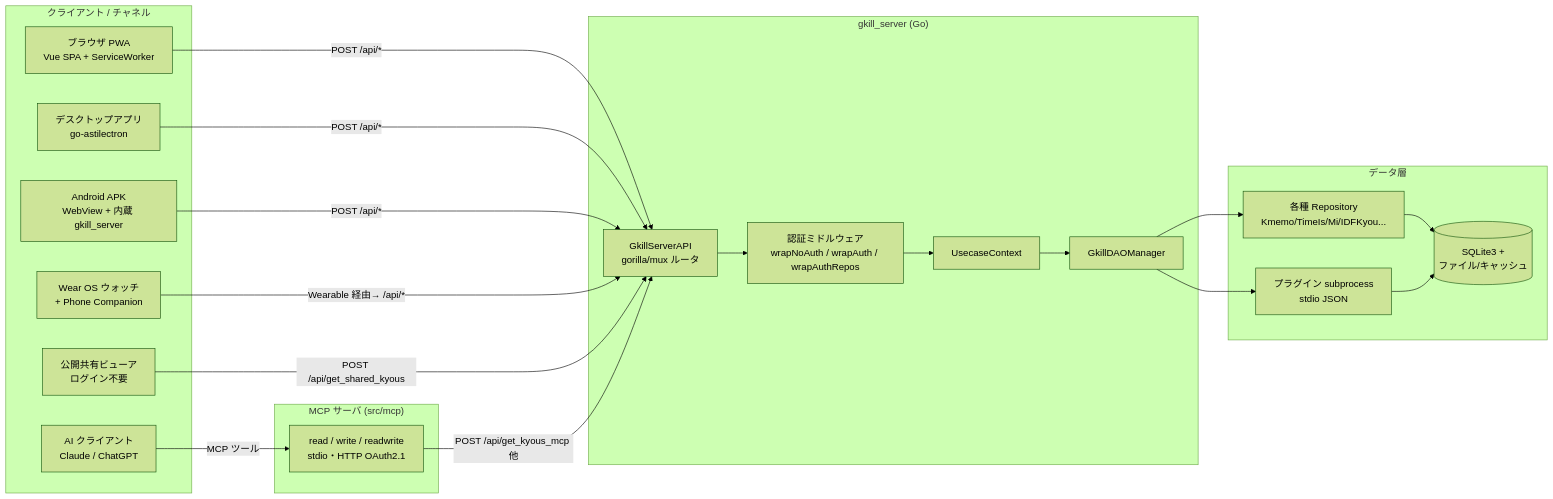
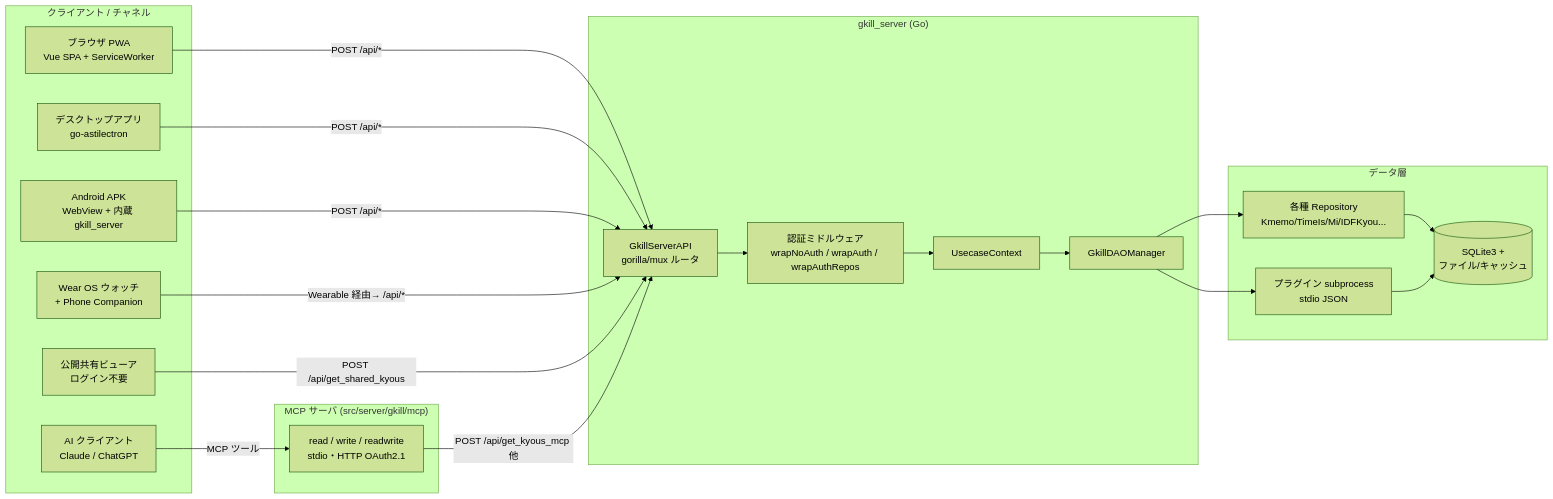
Before and after one commit to mt3hr/gkill: the first of 25 diagrams in documents/reverse/scenario.md, drawn with Mermaid (forest theme). The commit also changed other lines of this file and 251 other files, not shown here.

````diff
--- a/documents/reverse/scenario.md
+++ b/documents/reverse/scenario.md
@@ -26,41 +26,41 @@
 ```mermaid
 graph LR
     subgraph Clients["クライアント / チャネル"]
         PWA[ブラウザ PWA<br/>Vue SPA + ServiceWorker]
         DESKTOP[デスクトップアプリ<br/>go-astilectron]
         ANDROID[Android APK<br/>WebView + 内蔵 gkill_server]
         WEAR[Wear OS ウォッチ<br/>+ Phone Companion]
         AI[AI クライアント<br/>Claude / ChatGPT]
         VIEWER[公開共有ビューア<br/>ログイン不要]
     end
 
-    subgraph MCP["MCP サーバ (src/mcp)"]
+    subgraph MCP["MCP サーバ (src/server/gkill/mcp)"]
         MCPS[read / write / readwrite<br/>stdio・HTTP OAuth2.1]
     end
 
     subgraph Server["gkill_server (Go)"]
         API[GkillServerAPI<br/>gorilla/mux ルータ]
         MW[認証ミドルウェア<br/>wrapNoAuth / wrapAuth / wrapAuthRepos]
         UC[UsecaseContext]
         DAOM[GkillDAOManager]
     end
 
     subgraph Data["データ層"]
         REPS[各種 Repository<br/>Kmemo/TimeIs/Mi/IDFKyou...]
         PLUGIN[プラグイン subprocess<br/>stdio JSON]
         FS[(SQLite3 +<br/>ファイル/キャッシュ)]
     end
 
     PWA -->|POST /api/*| API
     DESKTOP -->|POST /api/*| API
     ANDROID -->|POST /api/*| API
     WEAR -->|Wearable 経由→ /api/*| API
     VIEWER -->|POST /api/get_shared_kyous| API
     AI -->|MCP ツール| MCPS
     MCPS -->|POST /api/get_kyous_mcp 他| API
 
     API --> MW --> UC --> DAOM --> REPS
     DAOM --> PLUGIN
     REPS --> FS
     PLUGIN --> FS
 ```
````
